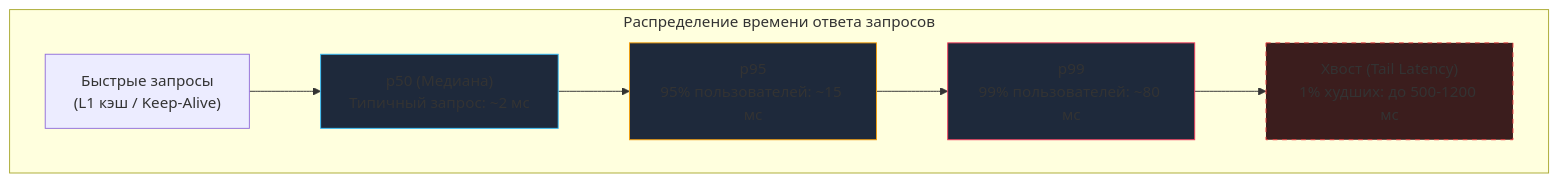
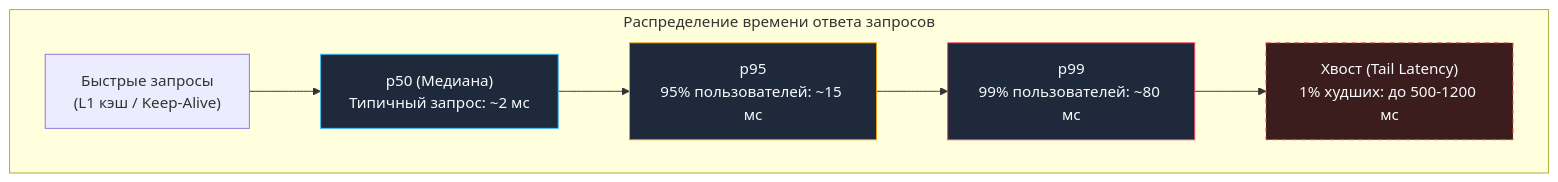
One commit to UnrealTemplier/go-textbook changed the diagram in sources/16. Профилирование, отладка и производительность/01. Фундамент/6. Метрики. p50, p95, p99.md. Above: the diagram before and after it, drawn with Mermaid. The commit also changed 310 other files, not shown here.

First line of the commit message:
fix(mermaid): replace light fill colors with dark palette for readability on dark theme

````diff
--- a/sources/16. Профилирование, отладка и производительность/01. Фундамент/6. Метрики. p50, p95, p99.md
+++ b/sources/16. Профилирование, отладка и производительность/01. Фундамент/6. Метрики. p50, p95, p99.md
@@ -44,14 +44,14 @@
 ```mermaid
 flowchart TD
     subgraph Distribution["Распределение времени ответа запросов"]
         direction LR
         Fast["Быстрые запросы<br>(L1 кэш / Keep-Alive)"] --> Med["p50 (Медиана)<br>Типичный запрос: ~2 мс"]
         Med --> P95["p95<br>95% пользователей: ~15 мс"]
         P95 --> P99["p99<br>99% пользователей: ~80 мс"]
         P99 --> Tail["Хвост (Tail Latency)<br>1% худших: до 500-1200 мс"]
     end
-    style Tail stroke-dasharray: 5,fill:#3b1d1d,stroke:#ef4444
-    style Med fill:#1e293b,stroke:#38bdf8
-    style P95 fill:#1e293b,stroke:#f59e0b
-    style P99 fill:#1e293b,stroke:#f43f5e
+    style Tail stroke-dasharray: 5,fill:#3b1d1d,stroke:#ef4444,color:#f8fafc
+    style Med fill:#1e293b,stroke:#38bdf8,color:#f8fafc
+    style P95 fill:#1e293b,stroke:#f59e0b,color:#f8fafc
+    style P99 fill:#1e293b,stroke:#f43f5e,color:#f8fafc
 ```
````
